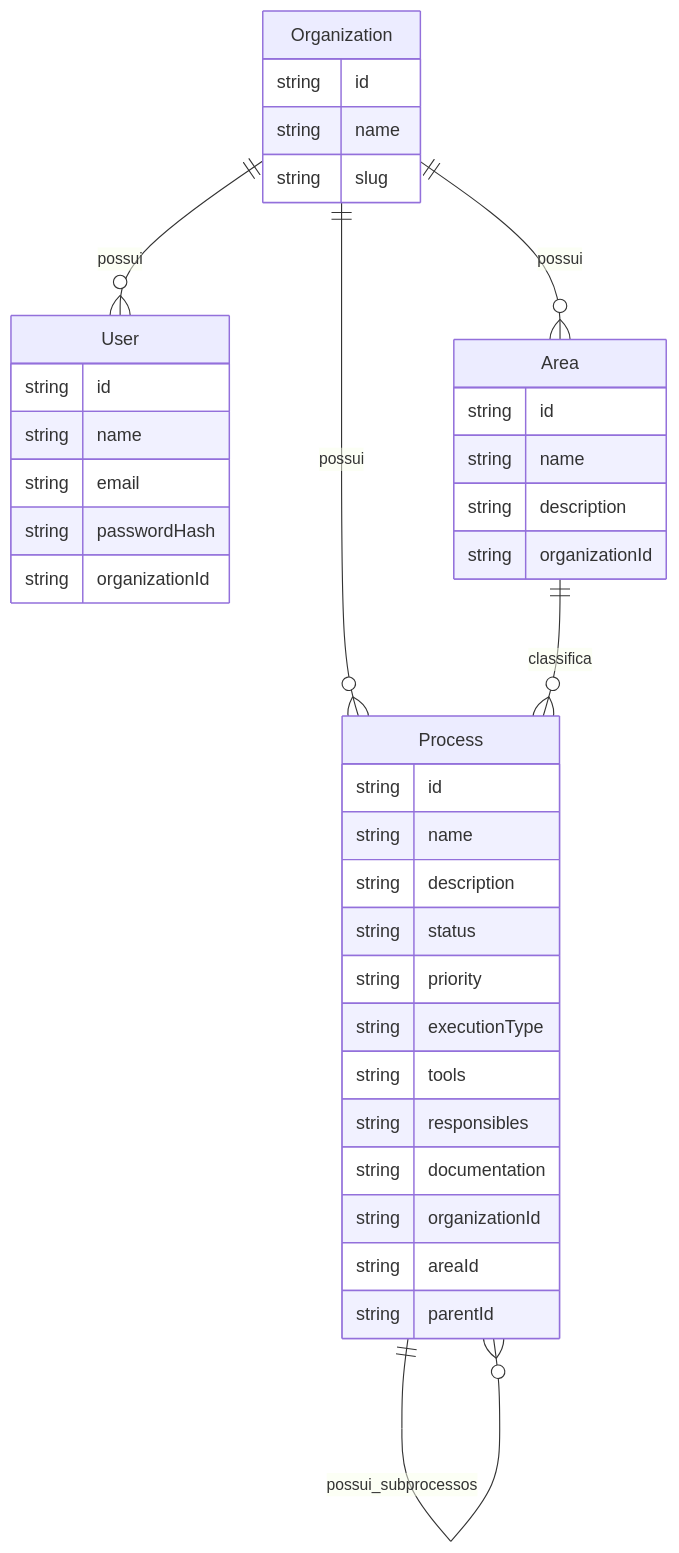
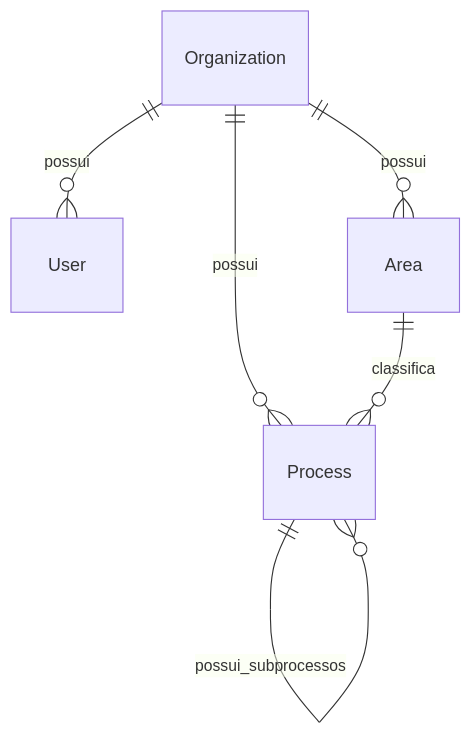
One commit to RenzoFernandes/process-hub changed the second of 2 diagrams in README.md. Above: the diagram before and after it, drawn with Mermaid. The commit also changed other lines of this file and 8 other files, not shown here.

````diff
--- a/README.md
+++ b/README.md
@@ -159,44 +124,8 @@
 ```mermaid
 erDiagram
   Organization ||--o{ User : possui
   Organization ||--o{ Area : possui
   Organization ||--o{ Process : possui
   Area ||--o{ Process : classifica
   Process ||--o{ Process : possui_subprocessos
-
-  Organization {
-    string id
-    string name
-    string slug
-  }
-
-  User {
-    string id
-    string name
-    string email
-    string passwordHash
-    string organizationId
-  }
-
-  Area {
-    string id
-    string name
-    string description
-    string organizationId
-  }
-
-  Process {
-    string id
-    string name
-    string description
-    string status
-    string priority
-    string executionType
-    string tools
-    string responsibles
-    string documentation
-    string organizationId
-    string areaId
-    string parentId
-  }
 ```
````
